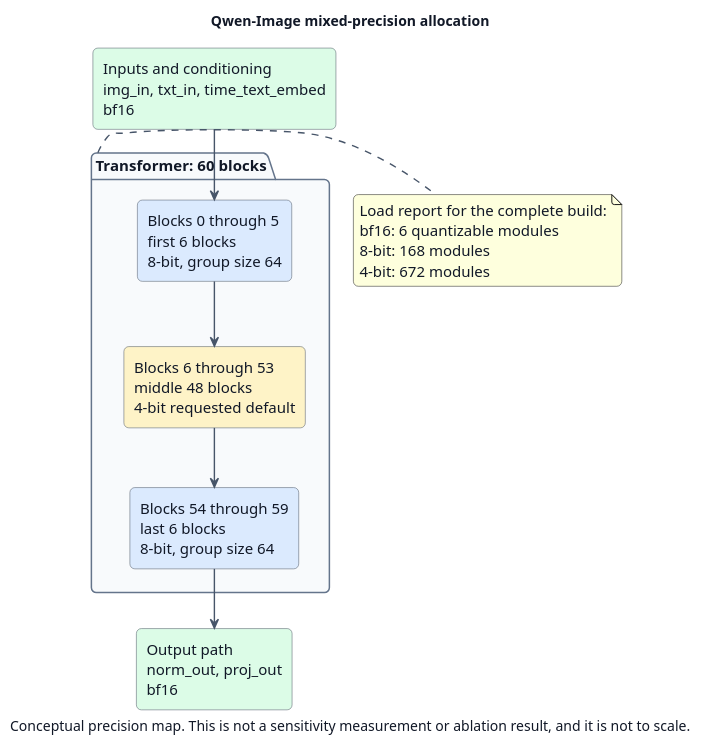
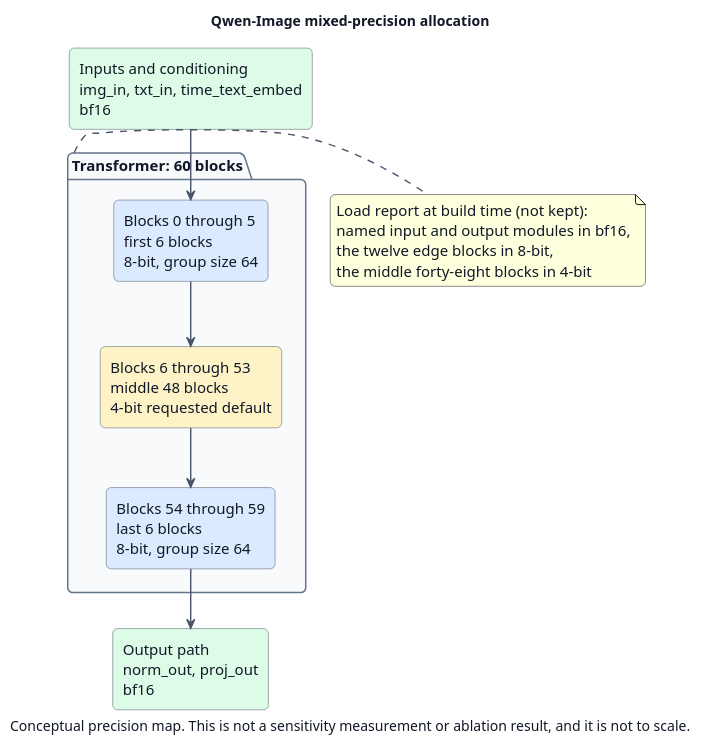
One commit to IonDen/mlx-teacache changed the diagram in docs/papers/diagrams/qwen-image-mixed-precision-allocation.puml. Above: the diagram before and after it, drawn with PlantUML. The commit also changed 2 other files, not shown here.

Commit message:
Withdraw the memory-cost figure in the Qwen-Image paper and date the recipe
The paper now gives the two published peak reports, which are not a controlled pair, and says that on mflux 0.24 the snippet does not rebuild the tested model.

```diff
--- a/docs/papers/diagrams/qwen-image-mixed-precision-allocation.puml
+++ b/docs/papers/diagrams/qwen-image-mixed-precision-allocation.puml
@@ -1,49 +1,49 @@
 @startuml
 title Qwen-Image mixed-precision allocation
 
 skinparam backgroundColor #FFFFFF
 skinparam shadowing false
 skinparam roundCorner 10
 skinparam defaultFontName Helvetica
 skinparam defaultFontSize 15
 skinparam defaultFontColor #111827
 skinparam ArrowColor #475569
 skinparam ArrowThickness 1.4
 skinparam rectangle {
   BorderColor #4B5563
   FontColor #111827
   BackgroundColor #F8FAFC
 }
 skinparam package {
   BorderColor #64748B
   FontColor #111827
   BackgroundColor #F8FAFC
 }
 
 top to bottom direction
 
 rectangle "Inputs and conditioning\nimg_in, txt_in, time_text_embed\nbf16" as inputs #DCFCE7
 
 package "Transformer: 60 blocks" as transformer {
   rectangle "Blocks 0 through 5\nfirst 6 blocks\n8-bit, group size 64" as first #DBEAFE
   rectangle "Blocks 6 through 53\nmiddle 48 blocks\n4-bit requested default" as middle #FEF3C7
   rectangle "Blocks 54 through 59\nlast 6 blocks\n8-bit, group size 64" as last #DBEAFE
 
   first -down-> middle
   middle -down-> last
 }
 
 rectangle "Output path\nnorm_out, proj_out\nbf16" as output #DCFCE7
 
 inputs -down-> first
 last -down-> output
 
 note right of transformer
-  Load report for the complete build:
-  bf16: 6 quantizable modules
-  8-bit: 168 modules
-  4-bit: 672 modules
+  Load report at build time (not kept):
+  named input and output modules in bf16,
+  the twelve edge blocks in 8-bit,
+  the middle forty-eight blocks in 4-bit
 end note
 
 caption Conceptual precision map. This is not a sensitivity measurement or ablation result, and it is not to scale.
 @enduml
```
